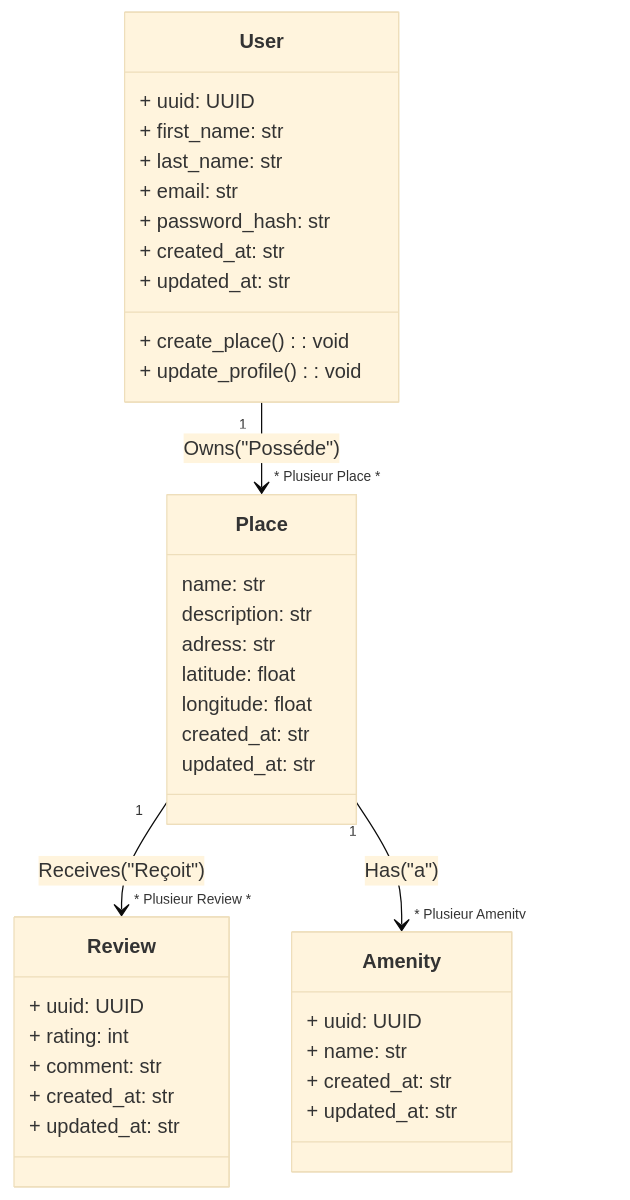
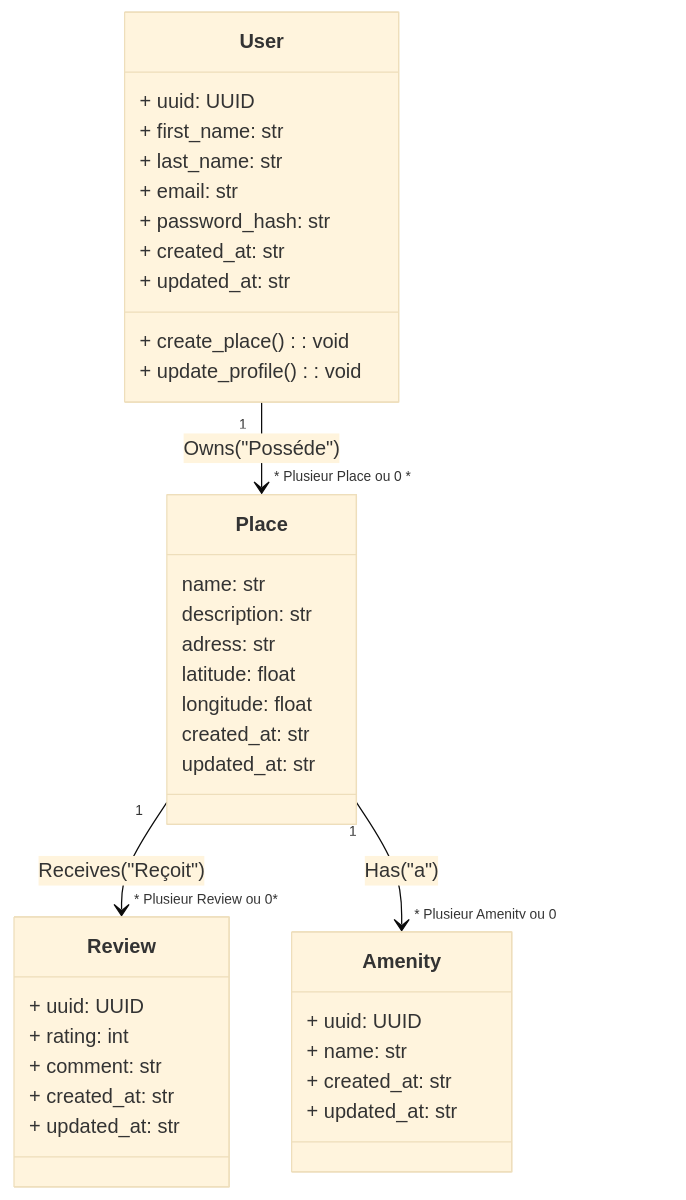
The diagram in Task_01/task_01.mermaid (my-holber/holbertonschool-hbnb), drawn with Mermaid (base theme) before and after one commit. The commit also changed 4 other files, not shown here.

```diff
--- a/Task_01/task_01.mermaid
+++ b/Task_01/task_01.mermaid
@@ -1,41 +1,41 @@
 classDiagram
 class User {
     + uuid: UUID
     + first_name: str
     + last_name: str
     + email: str
     + password_hash: str
     + created_at: str
     + updated_at: str
     + create_place(): void
     + update_profile(): void
 }
 class Place {
     name: str
     description: str
     adress: str
     latitude: float
     longitude: float
     created_at: str
     updated_at: str
 }
 
 
 class Review {
     + uuid: UUID
     + rating: int
     + comment: str
     + created_at: str
     + updated_at: str
 }
 
 class Amenity {
     + uuid: UUID
     + name: str
     + created_at: str
     + updated_at: str
 }
 
-User "1" --> "* Plusieur Place *" Place : Owns("Posséde")
-Place "1" --> "* Plusieur Review *" Review : Receives("Reçoit")
-Place "1" --> "* Plusieur Amenity" Amenity : Has("a")
+User "1" --> "* Plusieur Place ou 0 *" Place : Owns("Posséde")
+Place "1" --> "* Plusieur Review ou 0*" Review : Receives("Reçoit")
+Place "1" --> "* Plusieur Amenity ou 0" Amenity : Has("a")
```
